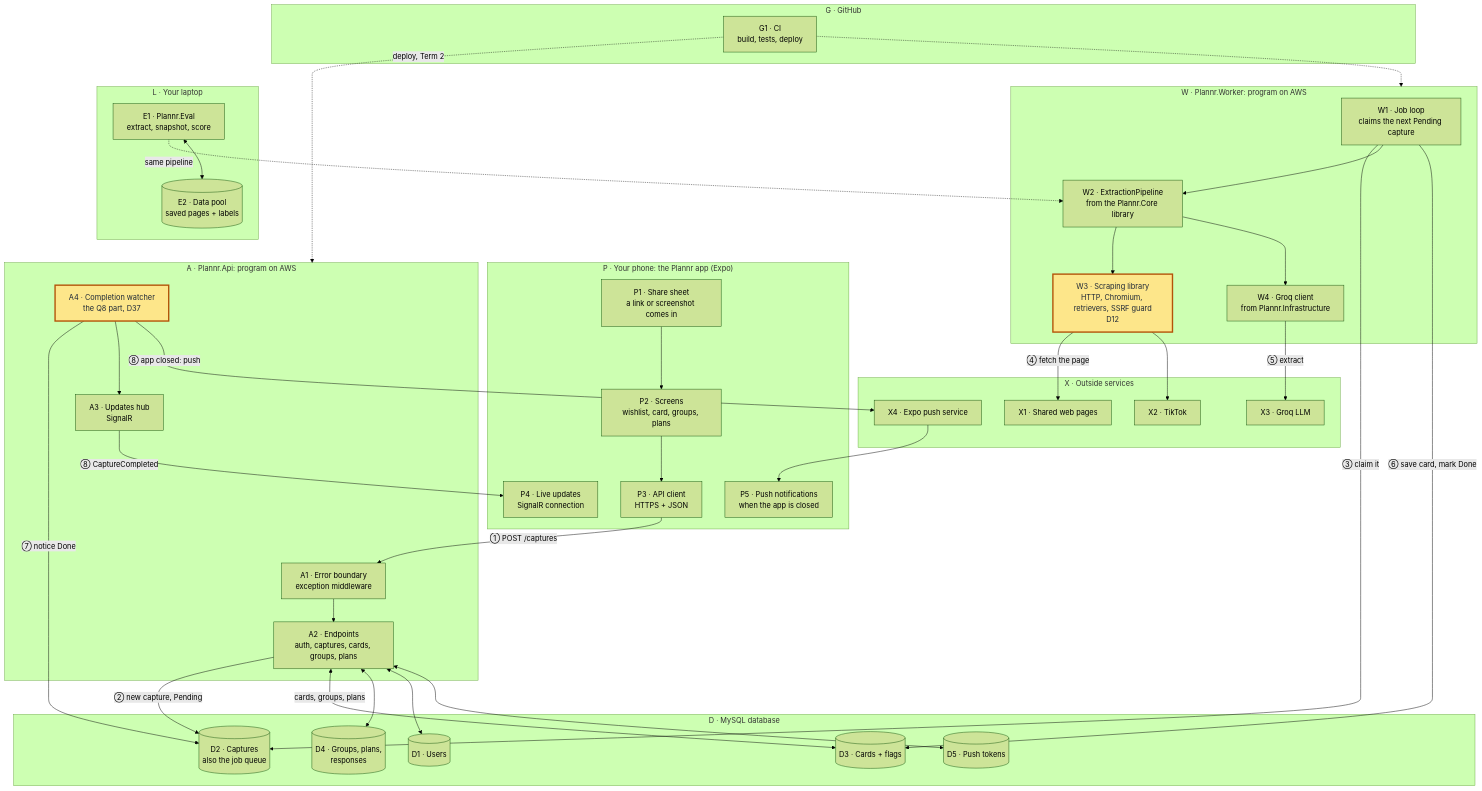
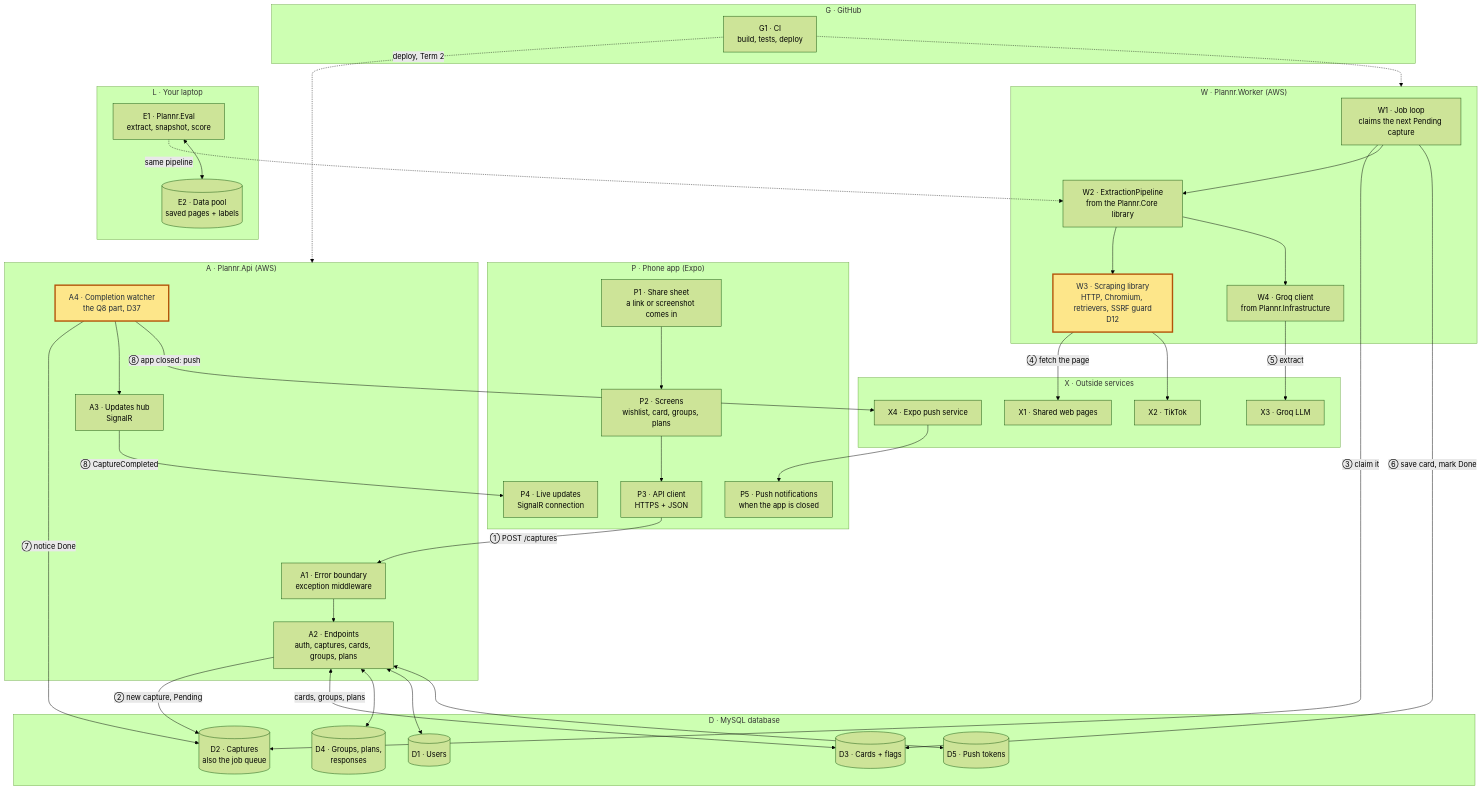
The first of 13 diagrams in docs/architecture.md (SunchokePasta/Plannr), drawn with Mermaid (forest theme) before and after one commit. The commit also changed 1 other file, not shown here.

Commit message:
Shorten overview group titles; log the page's rendering fixes
The architecture page now draws its own diagrams (the viewer's
renderer and the zoom code were fighting over the same elements) in
the system font (a late-loading web font clipped labels). Three long
group titles in the overview are shortened so they don't wrap into
the boxes below. Issues #28 and #29.

````diff
--- a/docs/architecture.md
+++ b/docs/architecture.md
@@ -17,78 +17,78 @@
 ```mermaid
 flowchart TB
-  subgraph P["P · Your phone: the Plannr app (Expo)"]
+  subgraph P["P · Phone app (Expo)"]
     P1["P1 · Share sheet<br/>a link or screenshot comes in"]
     P2["P2 · Screens<br/>wishlist, card, groups, plans"]
     P3["P3 · API client<br/>HTTPS + JSON"]
     P4["P4 · Live updates<br/>SignalR connection"]
     P5["P5 · Push notifications<br/>when the app is closed"]
   end
 
-  subgraph A["A · Plannr.Api: program on AWS"]
+  subgraph A["A · Plannr.Api (AWS)"]
     A1["A1 · Error boundary<br/>exception middleware"]
     A2["A2 · Endpoints<br/>auth, captures, cards, groups, plans"]
     A3["A3 · Updates hub<br/>SignalR"]
     A4["A4 · Completion watcher<br/>the Q8 part, D37"]
   end
 
   subgraph D["D · MySQL database"]
     D1[("D1 · Users")]
     D2[("D2 · Captures<br/>also the job queue")]
     D3[("D3 · Cards + flags")]
     D4[("D4 · Groups, plans,<br/>responses")]
     D5[("D5 · Push tokens")]
   end
 
-  subgraph W["W · Plannr.Worker: program on AWS"]
+  subgraph W["W · Plannr.Worker (AWS)"]
     W1["W1 · Job loop<br/>claims the next Pending capture"]
     W2["W2 · ExtractionPipeline<br/>from the Plannr.Core library"]
     W3["W3 · Scraping library<br/>HTTP, Chromium, retrievers, SSRF guard<br/>D12"]
     W4["W4 · Groq client<br/>from Plannr.Infrastructure"]
   end
 
   subgraph X["X · Outside services"]
     X1["X1 · Shared web pages"]
     X2["X2 · TikTok"]
     X3["X3 · Groq LLM"]
     X4["X4 · Expo push service"]
   end
 
   subgraph L["L · Your laptop"]
     E1["E1 · Plannr.Eval<br/>extract, snapshot, score"]
     E2[("E2 · Data pool<br/>saved pages + labels")]
   end
 
   subgraph G["G · GitHub"]
     G1["G1 · CI<br/>build, tests, deploy"]
   end
 
   P1 --> P2
   P2 --> P3
   P3 -->|"① POST /captures"| A1
   A1 --> A2
   A2 -->|"② new capture, Pending"| D2
   A2 <-->|"cards, groups, plans"| D3
   A2 <--> D4
   A2 <--> D1
   W1 -->|"③ claim it"| D2
   W1 --> W2
   W2 --> W3
   W3 -->|"④ fetch the page"| X1
   W3 --> X2
   W2 --> W4
   W4 -->|"⑤ extract"| X3
   W1 -->|"⑥ save card, mark Done"| D3
   A4 -->|"⑦ notice Done"| D2
   A4 --> A3
   A3 -->|"⑧ CaptureCompleted"| P4
   A4 -->|"⑧ app closed: push"| X4
   X4 --> P5
   A2 <--> D5
   E1 -.->|"same pipeline"| W2
   E1 <--> E2
   G1 -.->|"deploy, Term 2"| A
   G1 -.-> W
 
   classDef question fill:#fde68a,stroke:#b45309,stroke-width:3px,color:#1f2937
   class A4,W3 question
 ```
````
